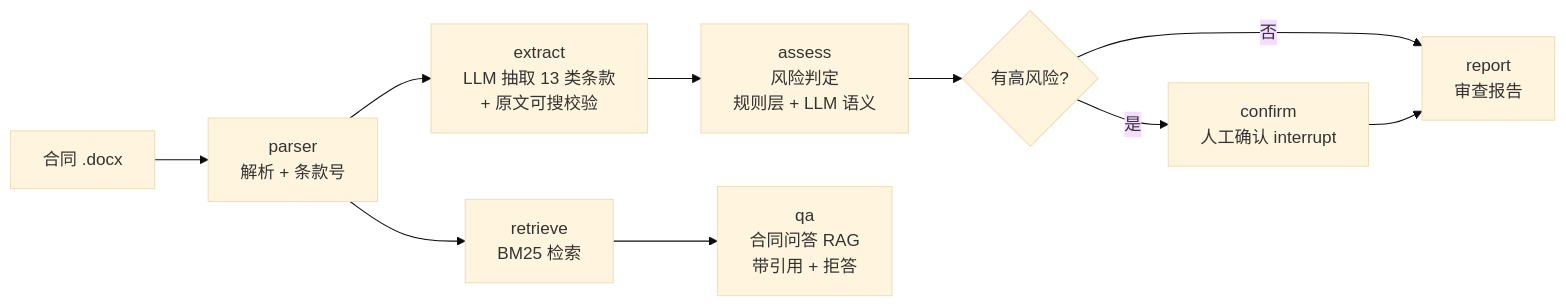
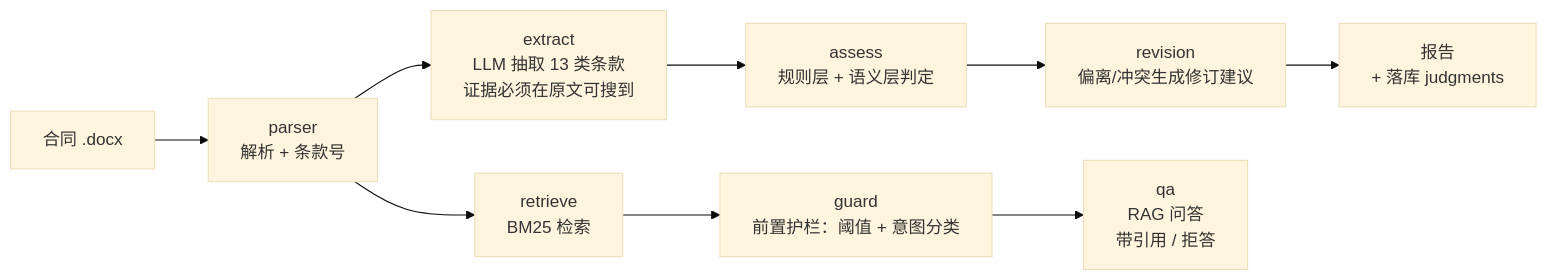
Before and after one commit to Chenchengg77/contract-review-agent: the diagram in README.md, drawn with Mermaid (base theme). The commit also changed other lines of this file and 3 other files, not shown here.

First line of the commit message:
docs: README 重写（架构/评测/API/配置/Roadmap）+ 架构与演示文档 + MIT LICENSE

````diff
--- a/README.md
+++ b/README.md
@@ -23,13 +86,12 @@
 ```mermaid
 flowchart LR
-    A[合同 .docx] --> B[parser<br/>解析 + 条款号]
-    B --> C[extract<br/>LLM 抽取 13 类条款<br/>+ 原文可搜校验]
-    C --> D[assess<br/>风险判定<br/>规则层 + LLM 语义]
-    D --> E{有高风险?}
-    E -- 是 --> F[confirm<br/>人工确认 interrupt]
-    E -- 否 --> G[report<br/>审查报告]
-    F --> G
+    A[合同 .docx] --> B["parser<br/>解析 + 条款号"]
+    B --> C["extract<br/>LLM 抽取 13 类条款<br/>证据必须在原文可搜到"]
+    C --> D["assess<br/>规则层 + 语义层判定"]
+    D --> E["revision<br/>偏离/冲突生成修订建议"]
+    E --> F["报告<br/>+ 落库 judgments"]
 
-    B --> H[retrieve<br/>BM25 检索]
-    H --> I[qa<br/>合同问答 RAG<br/>带引用 + 拒答]
+    B --> G["retrieve<br/>BM25 检索"]
+    G --> H["guard<br/>前置护栏：阈值 + 意图分类"]
+    H --> I["qa<br/>RAG 问答<br/>带引用 / 拒答"]
 ```
````
